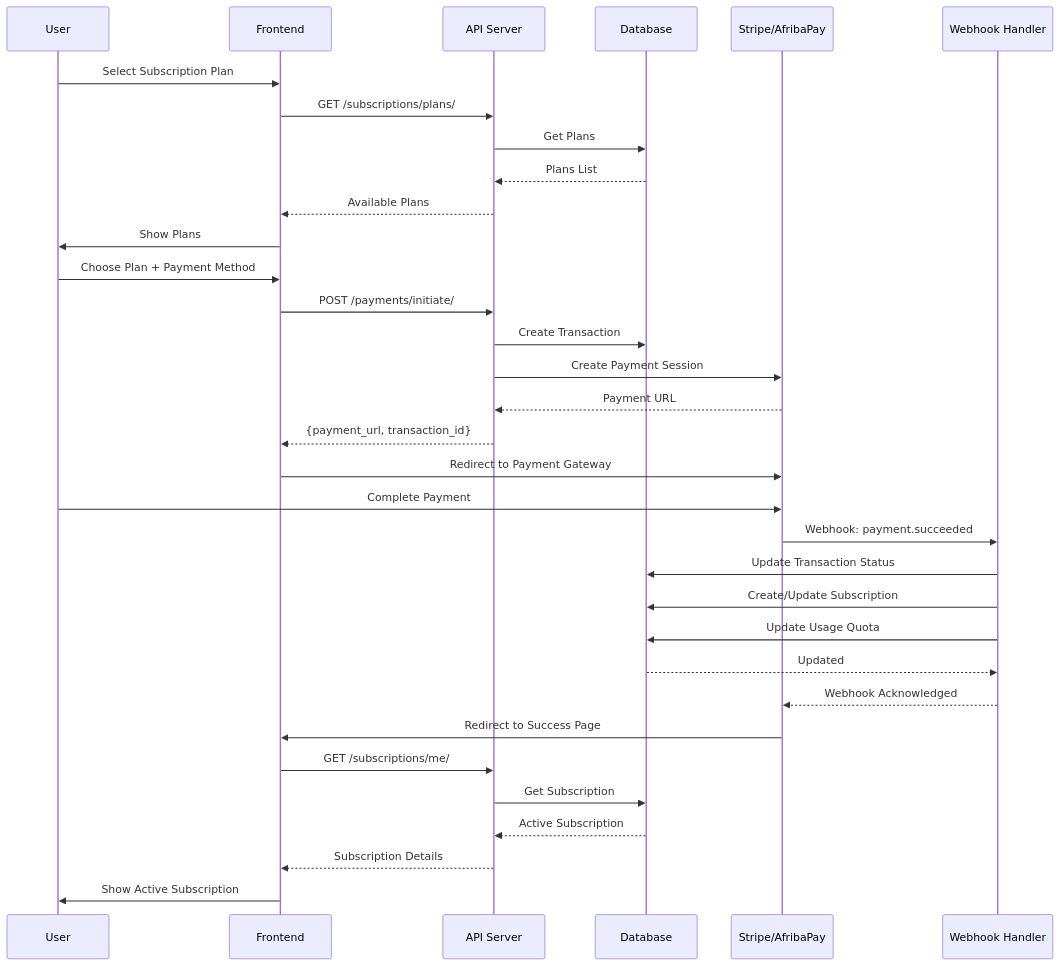
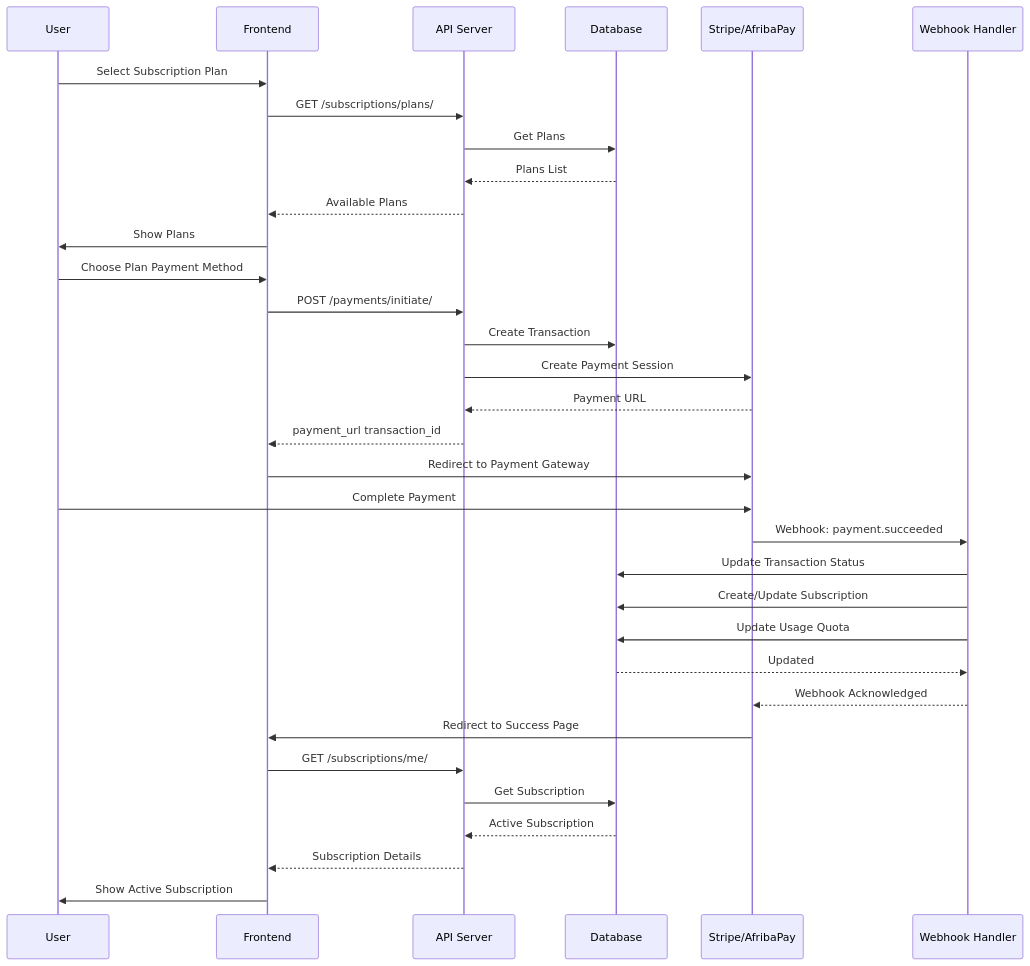
Before and after one commit to adil77672/recruitment-platform-docs: the eighth of 17 diagrams in SYSTEM_DOCUMENTATION.md, drawn with Mermaid. The commit also changed other lines of this file, not shown here.

````diff
--- a/SYSTEM_DOCUMENTATION.md
+++ b/SYSTEM_DOCUMENTATION.md
@@ -997,39 +997,39 @@
 ```mermaid
 sequenceDiagram
     participant U as User
     participant F as Frontend
     participant API as API Server
     participant DB as Database
     participant S as Stripe/AfribaPay
     participant W as Webhook Handler
     
     U->>F: Select Subscription Plan
     F->>API: GET /subscriptions/plans/
     API->>DB: Get Plans
     DB-->>API: Plans List
     API-->>F: Available Plans
     F->>U: Show Plans
     
-    U->>F: Choose Plan + Payment Method
+    U->>F: Choose Plan Payment Method
     F->>API: POST /payments/initiate/
     API->>DB: Create Transaction
     API->>S: Create Payment Session
     S-->>API: Payment URL
-    API-->>F: {payment_url, transaction_id}
+    API-->>F: payment_url transaction_id
     F->>S: Redirect to Payment Gateway
     
     U->>S: Complete Payment
     S->>W: Webhook: payment.succeeded
     W->>DB: Update Transaction Status
     W->>DB: Create/Update Subscription
     W->>DB: Update Usage Quota
     DB-->>W: Updated
     W-->>S: Webhook Acknowledged
     
     S->>F: Redirect to Success Page
     F->>API: GET /subscriptions/me/
     API->>DB: Get Subscription
     DB-->>API: Active Subscription
     API-->>F: Subscription Details
     F->>U: Show Active Subscription
 ```
````
